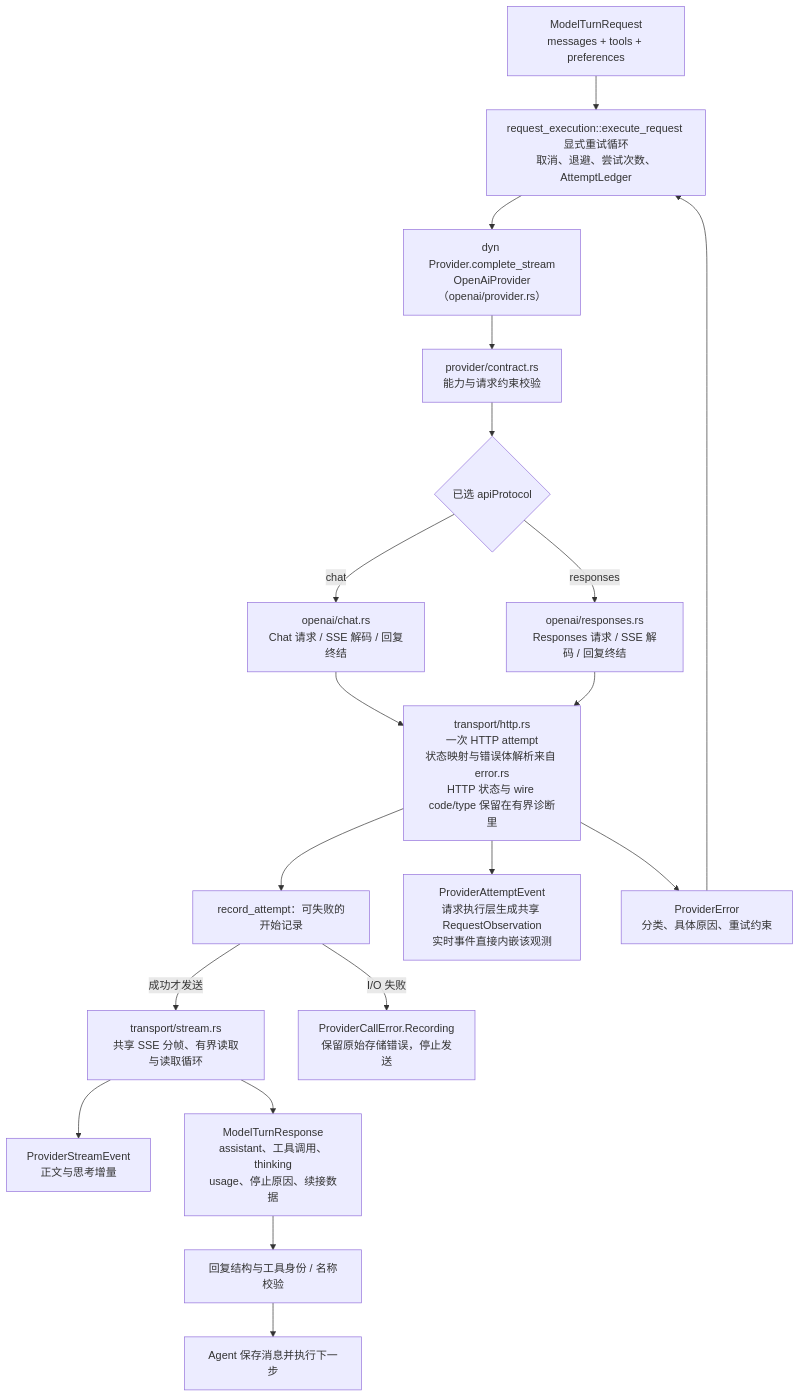
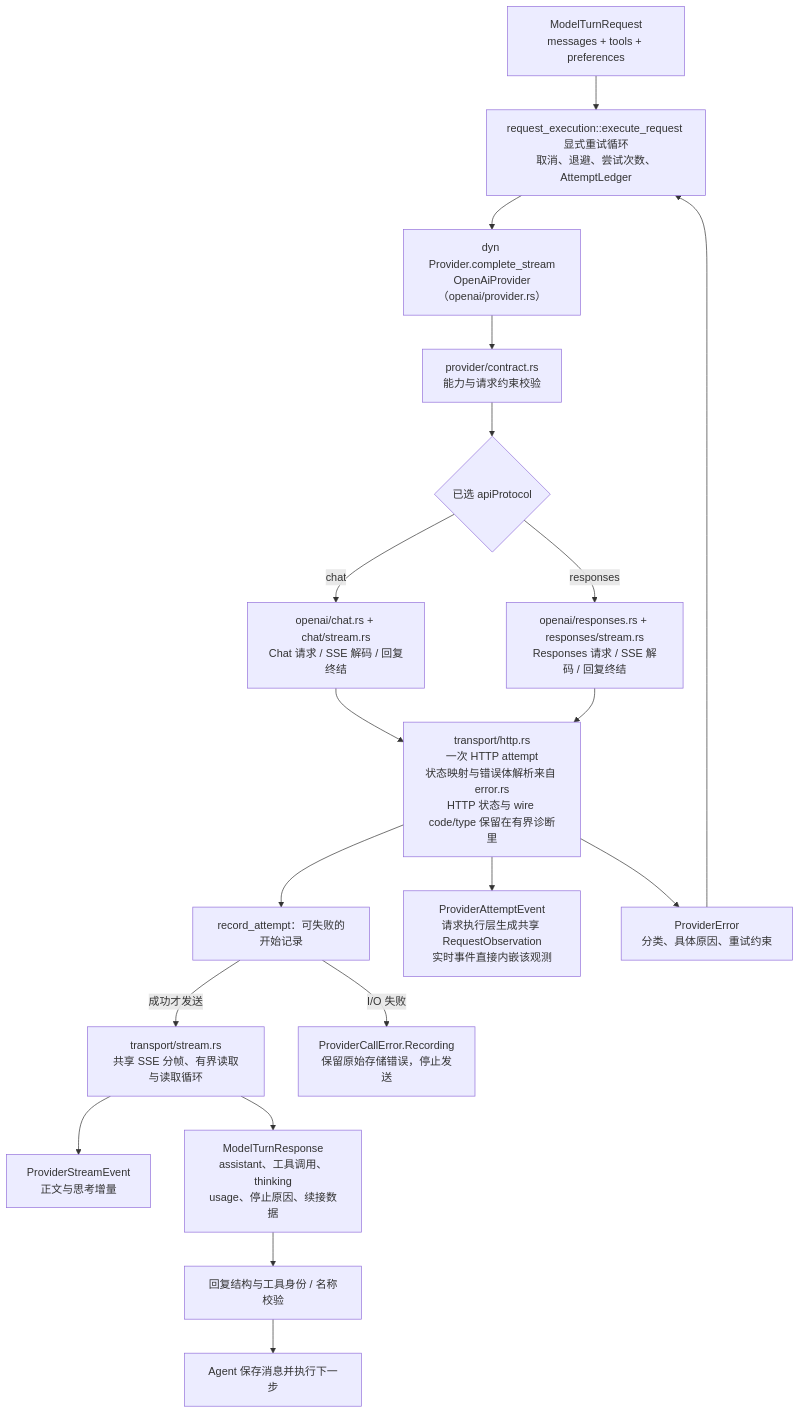
Before and after one commit to qjcnmd/singularity-agent: diagram 19 of 29 in docs/architecture.md, drawn with Mermaid. The commit also changed other lines of this file and 63 other files, not shown here.

````diff
--- a/docs/architecture.md
+++ b/docs/architecture.md
@@ -535,21 +535,21 @@
 ```mermaid
 flowchart TB
     Request["ModelTurnRequest<br/>messages + tools + preferences"] --> Retry["request_execution::execute_request 显式重试循环<br/>取消、退避、尝试次数、AttemptLedger"]
     Retry --> Provider["dyn Provider.complete_stream<br/>OpenAiProvider（openai/provider.rs）"]
     Provider --> Validate["provider/contract.rs<br/>能力与请求约束校验"]
     Validate --> Protocol{"已选 apiProtocol"}
-    Protocol -->|"chat"| Chat["openai/chat.rs<br/>Chat 请求 / SSE 解码 / 回复终结"]
-    Protocol -->|"responses"| Responses["openai/responses.rs<br/>Responses 请求 / SSE 解码 / 回复终结"]
+    Protocol -->|"chat"| Chat["openai/chat.rs + chat/stream.rs<br/>Chat 请求 / SSE 解码 / 回复终结"]
+    Protocol -->|"responses"| Responses["openai/responses.rs + responses/stream.rs<br/>Responses 请求 / SSE 解码 / 回复终结"]
     Chat --> Transport["transport/http.rs<br/>一次 HTTP attempt<br/>状态映射与错误体解析来自 error.rs<br/>HTTP 状态与 wire code/type 保留在有界诊断里"]
     Responses --> Transport
     Transport --> Record["record_attempt：可失败的开始记录"]
     Record -->|"成功才发送"| SSE["transport/stream.rs<br/>共享 SSE 分帧、有界读取与读取循环"]
     SSE --> Deltas["ProviderStreamEvent<br/>正文与思考增量"]
     Record -->|"I/O 失败"| StorageError["ProviderCallError.Recording<br/>保留原始存储错误，停止发送"]
     Transport --> Attempts["ProviderAttemptEvent<br/>请求执行层生成共享 RequestObservation<br/>实时事件直接内嵌该观测"]
     SSE --> Reply["ModelTurnResponse<br/>assistant、工具调用、thinking<br/>usage、停止原因、续接数据"]
     Reply --> Check["回复结构与工具身份 / 名称校验"]
     Check --> Agent["Agent 保存消息并执行下一步"]
     Transport --> Error["ProviderError<br/>分类、具体原因、重试约束"]
     Error --> Retry
 ```
````
